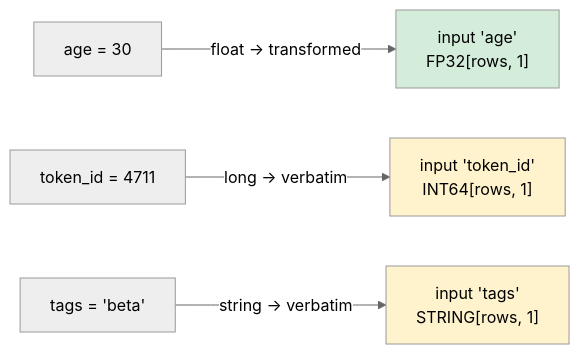
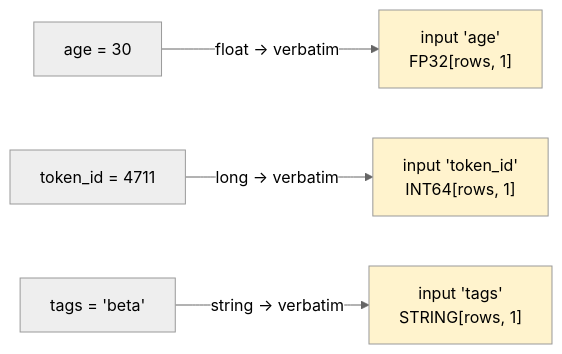
The fifth of 9 diagrams in documentation/configuration.md (PratikBarhate/hushar), drawn with Mermaid (neutral theme) before and after one commit. The commit also changed other lines of this file and 72 other files, not shown here.

````diff
--- a/documentation/configuration.md
+++ b/documentation/configuration.md
@@ -391,9 +442,9 @@
 ```mermaid
 flowchart LR
-  a["age = 30"] -->|"float → transformed"| a2["input 'age'<br/>FP32[rows, 1]"]
+  a["age = 30"] -->|"float → verbatim"| a2["input 'age'<br/>FP32[rows, 1]"]
   t["token_id = 4711"] -->|"long → verbatim"| t2["input 'token_id'<br/>INT64[rows, 1]"]
   s["tags = 'beta'"] -->|"string → verbatim"| s2["input 'tags'<br/>STRING[rows, 1]"]
-  style a2 fill:#d4edda
+  style a2 fill:#fff3cd
   style t2 fill:#fff3cd
   style s2 fill:#fff3cd
 ```
````
